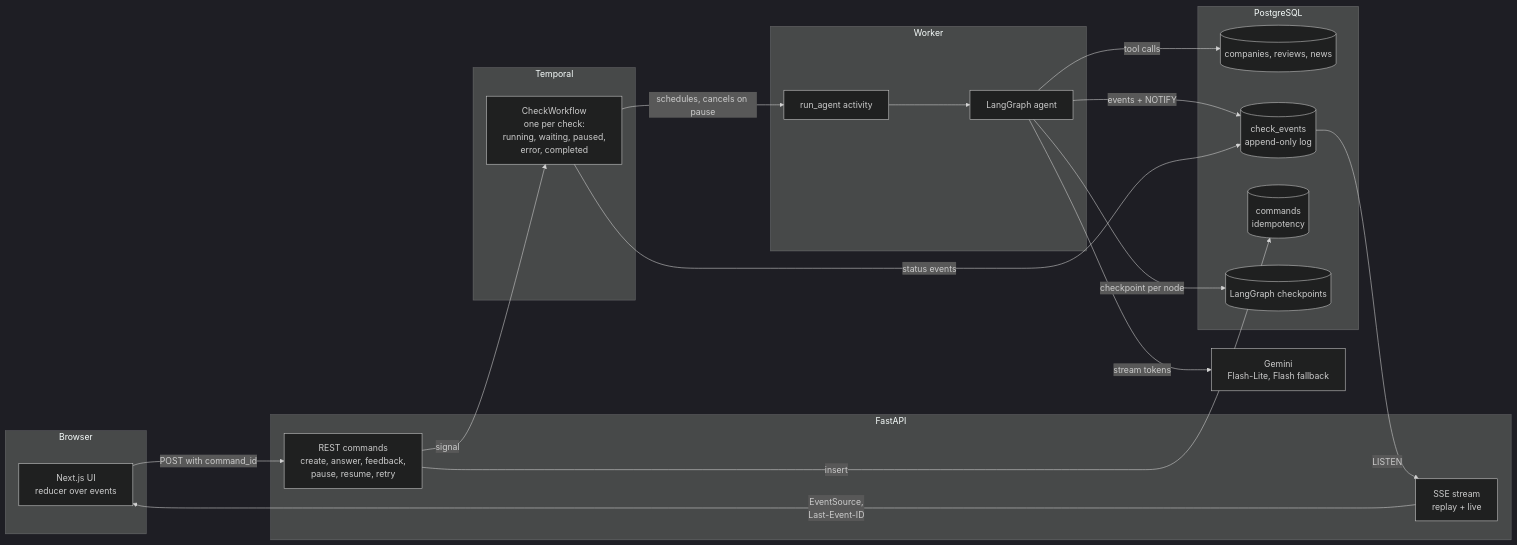
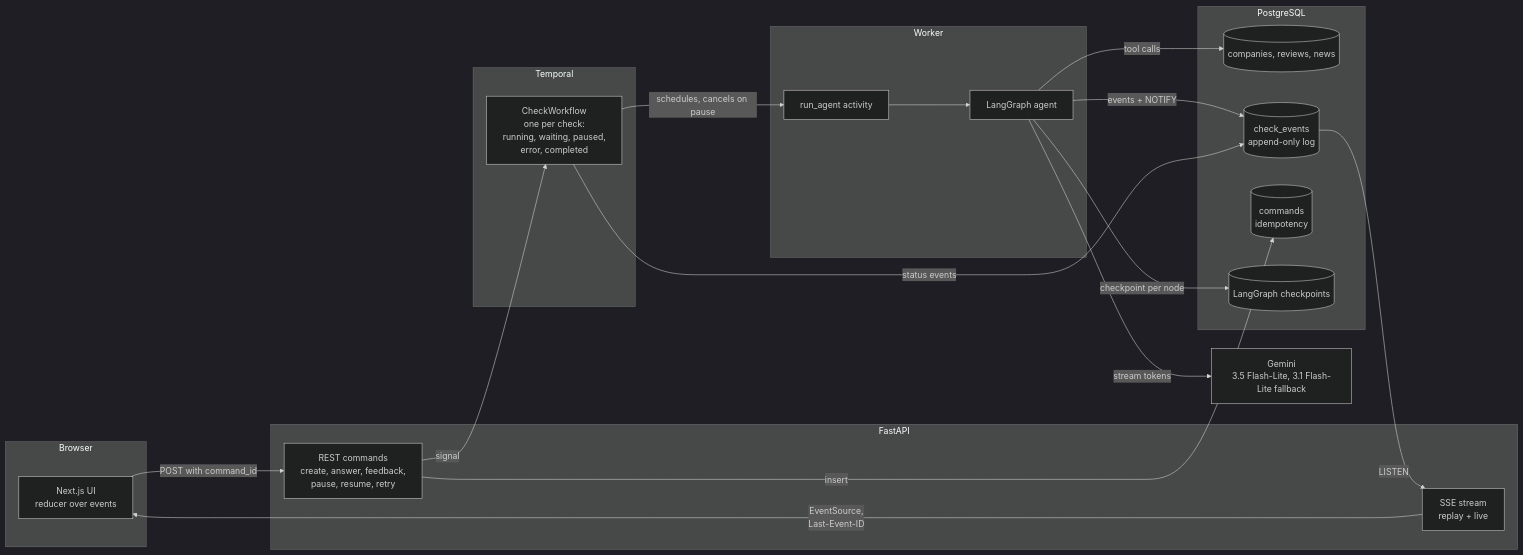
Before and after one commit to BriskAM/live-company-check: the first of 4 diagrams in docs/ARCHITECTURE.md, drawn with Mermaid (dark theme). The commit also changed 7 other files, not shown here.

Commit message:
Fall back to Gemini 3.1 Flash-Lite (separate, larger free quota)

````diff
--- a/docs/ARCHITECTURE.md
+++ b/docs/ARCHITECTURE.md
@@ -9,42 +9,42 @@
 ```mermaid
 flowchart LR
     subgraph Browser
         UI["Next.js UI<br/>reducer over events"]
     end
 
     subgraph API["FastAPI"]
         REST["REST commands<br/>create, answer, feedback,<br/>pause, resume, retry"]
         SSE["SSE stream<br/>replay + live"]
     end
 
     subgraph Temporal
         WF["CheckWorkflow<br/>one per check:<br/>running, waiting, paused,<br/>error, completed"]
     end
 
     subgraph Worker["Worker"]
         ACT["run_agent activity"]
         G["LangGraph agent"]
         ACT --> G
     end
 
     subgraph PG["PostgreSQL"]
         D[("companies, reviews, news")]
         E[("check_events<br/>append-only log")]
         C[("commands<br/>idempotency")]
         K[("LangGraph checkpoints")]
     end
 
-    LLM["Gemini<br/>Flash-Lite, Flash fallback"]
+    LLM["Gemini<br/>3.5 Flash-Lite, 3.1 Flash-Lite fallback"]
 
     UI -- "POST with command_id" --> REST
     REST -- "insert" --> C
     REST -- "signal" --> WF
     WF -- "schedules, cancels on pause" --> ACT
     G -- "tool calls" --> D
     G -- "checkpoint per node" --> K
     G -- "stream tokens" --> LLM
     G -- "events + NOTIFY" --> E
     WF -- "status events" --> E
     E -- "LISTEN" --> SSE
     SSE -- "EventSource,<br/>Last-Event-ID" --> UI
 ```
````
